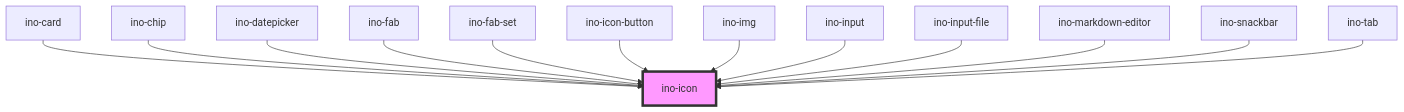
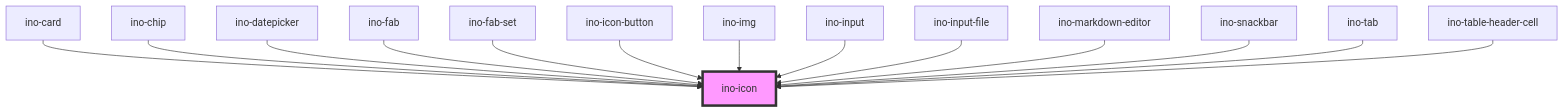
One commit to inovex/elements changed the diagram in packages/elements/src/components/ino-icon/readme.md. Above: the diagram before and after it, drawn with Mermaid. The commit also changed other lines of this file and 36 other files, not shown here.

Commit message:
feat(ino-table): add new header-cell element, remove table-row and table-cell, add styles for native elements

````diff
--- a/packages/elements/src/components/ino-icon/readme.md
+++ b/packages/elements/src/components/ino-icon/readme.md
@@ -140,16 +141,17 @@
 ```mermaid
 graph TD;
   ino-card --> ino-icon
   ino-chip --> ino-icon
   ino-datepicker --> ino-icon
   ino-fab --> ino-icon
   ino-fab-set --> ino-icon
   ino-icon-button --> ino-icon
   ino-img --> ino-icon
   ino-input --> ino-icon
   ino-input-file --> ino-icon
   ino-markdown-editor --> ino-icon
   ino-snackbar --> ino-icon
   ino-tab --> ino-icon
+  ino-table-header-cell --> ino-icon
   style ino-icon fill:#f9f,stroke:#333,stroke-width:4px
 ```
````
